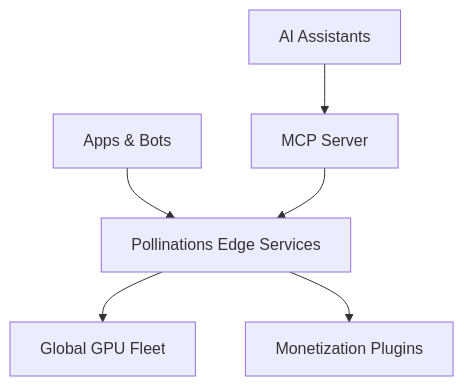
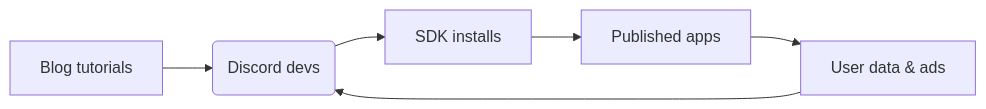
One commit to pollinations/pollinations changed the diagram in operations/pitch-deck/markdown-slides/slides.md. Above: the diagram before and after it, drawn with Mermaid. The commit also changed other lines of this file and 2 other files, not shown here.

````diff
--- a/operations/pitch-deck/markdown-slides/slides.md
+++ b/operations/pitch-deck/markdown-slides/slides.md
@@ -160,7 +101,8 @@
 ```mermaid
-graph TD
-    A[Apps & Bots] --> B[Pollinations Edge Services]
-    C[AI Assistants] --> D[MCP Server] --> B
-    B --> E[Global GPU Fleet]
-    B --> F[Monetization Plugins]
+flowchart LR
+A[Blog tutorials] --> B(Discord devs)
+B --> C[SDK installs]
+C --> D[Published apps]
+D --> E[User data & ads]
+E --> B
 ```
````
